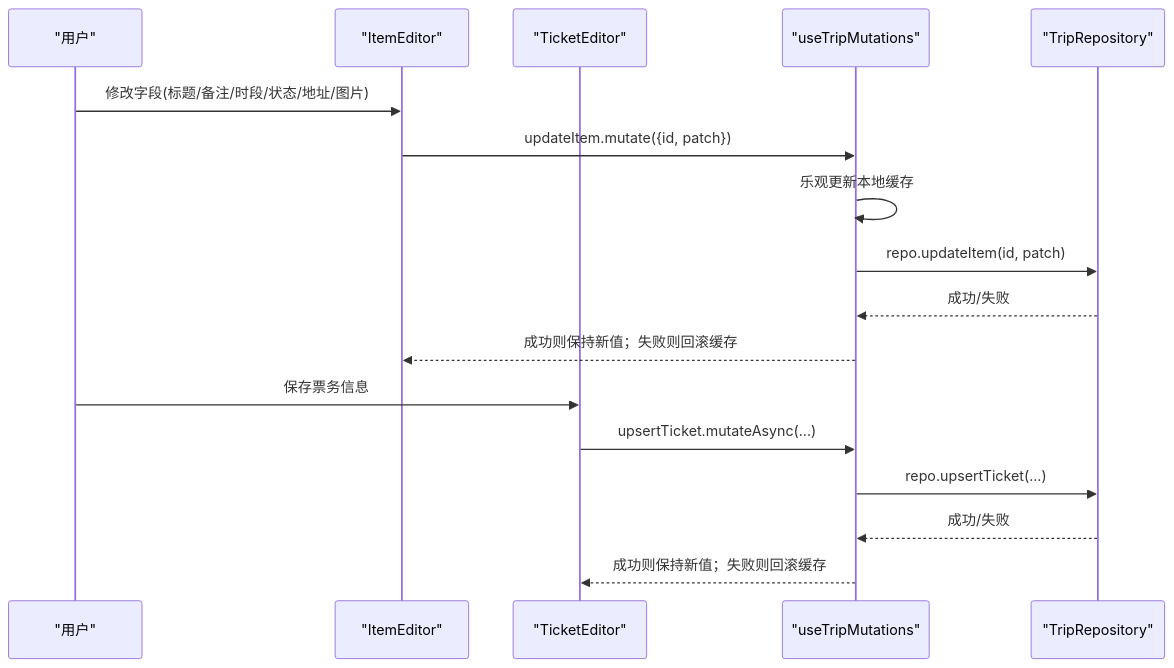
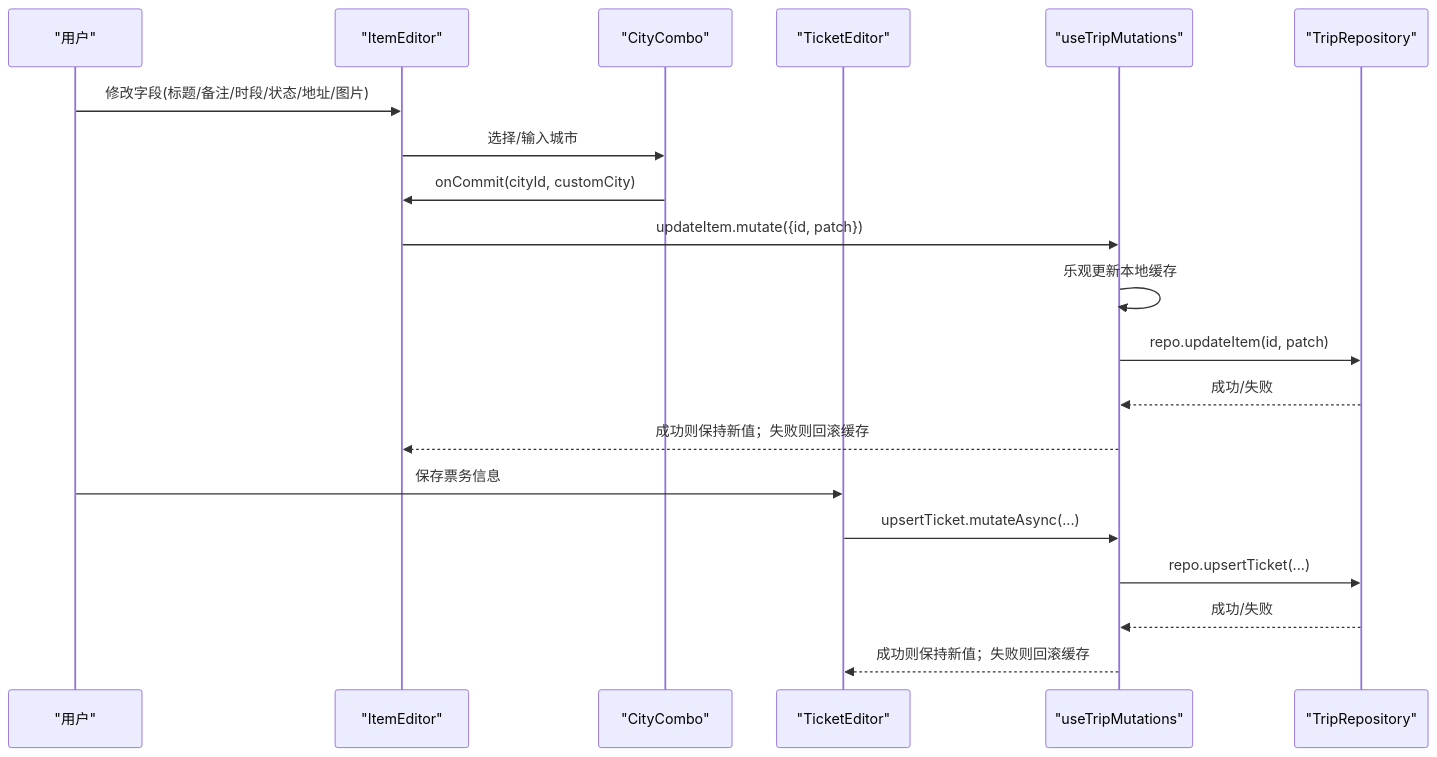
The second of 7 diagrams in .qoder/repowiki/zh/content/核心功能模块/行程管理模块/项目编辑器/项目编辑器.md (huangyilu/wanwuyishi), drawn with Mermaid before and after one commit. The commit also changed other lines of this file and 93 other files, not shown here.

````diff
--- a/.qoder/repowiki/zh/content/核心功能模块/行程管理模块/项目编辑器/项目编辑器.md
+++ b/.qoder/repowiki/zh/content/核心功能模块/行程管理模块/项目编辑器/项目编辑器.md
@@ -96,19 +107,22 @@
 ```mermaid
 sequenceDiagram
 participant U as "用户"
 participant IE as "ItemEditor"
+participant CC as "CityCombo"
 participant TE as "TicketEditor"
 participant Q as "useTripMutations"
 participant R as "TripRepository"
 U->>IE : 修改字段(标题/备注/时段/状态/地址/图片)
+IE->>CC : 选择/输入城市
+CC->>IE : onCommit(cityId, customCity)
 IE->>Q : updateItem.mutate({id, patch})
 Q->>Q : 乐观更新本地缓存
 Q->>R : repo.updateItem(id, patch)
 R-->>Q : 成功/失败
 Q-->>IE : 成功则保持新值；失败则回滚缓存
 U->>TE : 保存票务信息
 TE->>Q : upsertTicket.mutateAsync(...)
 Q->>R : repo.upsertTicket(...)
 R-->>Q : 成功/失败
 Q-->>TE : 成功则保持新值；失败则回滚缓存
 ```
````
